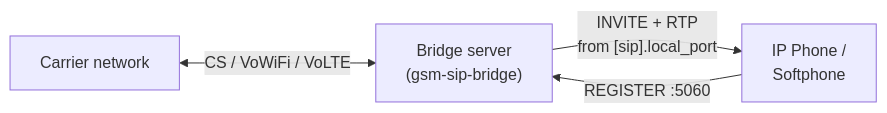
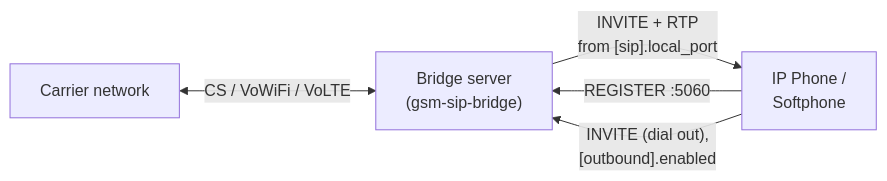
The second of 7 diagrams in docs/architecture.md (selvakn/gsm-sip-bridge), drawn with Mermaid before and after one commit. The commit also changed 4 other files, not shown here.

````diff
--- a/docs/architecture.md
+++ b/docs/architecture.md
@@ -70,10 +70,11 @@
 ```mermaid
 flowchart LR
     Carrier["Carrier network"]
     Server["Bridge server<br/>(gsm-sip-bridge)"]
     IPPhone["IP Phone /<br/>Softphone"]
 
     Carrier <-->|"CS / VoWiFi / VoLTE"| Server
     IPPhone -->|"REGISTER :5060"| Server
     Server -->|"INVITE + RTP<br/>from [sip].local_port"| IPPhone
+    IPPhone -->|"INVITE (dial out),<br/>[outbound].enabled"| Server
 ```
````
